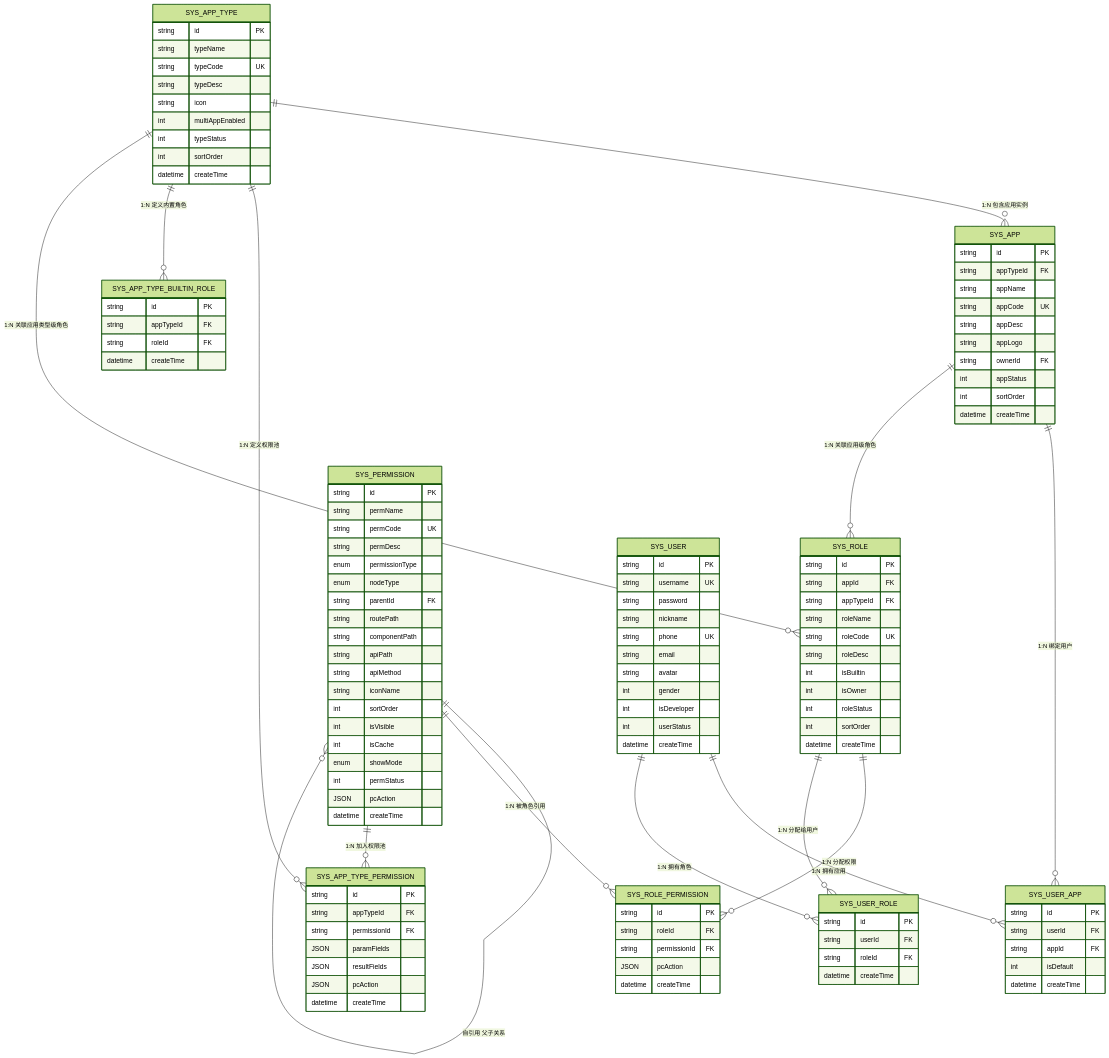
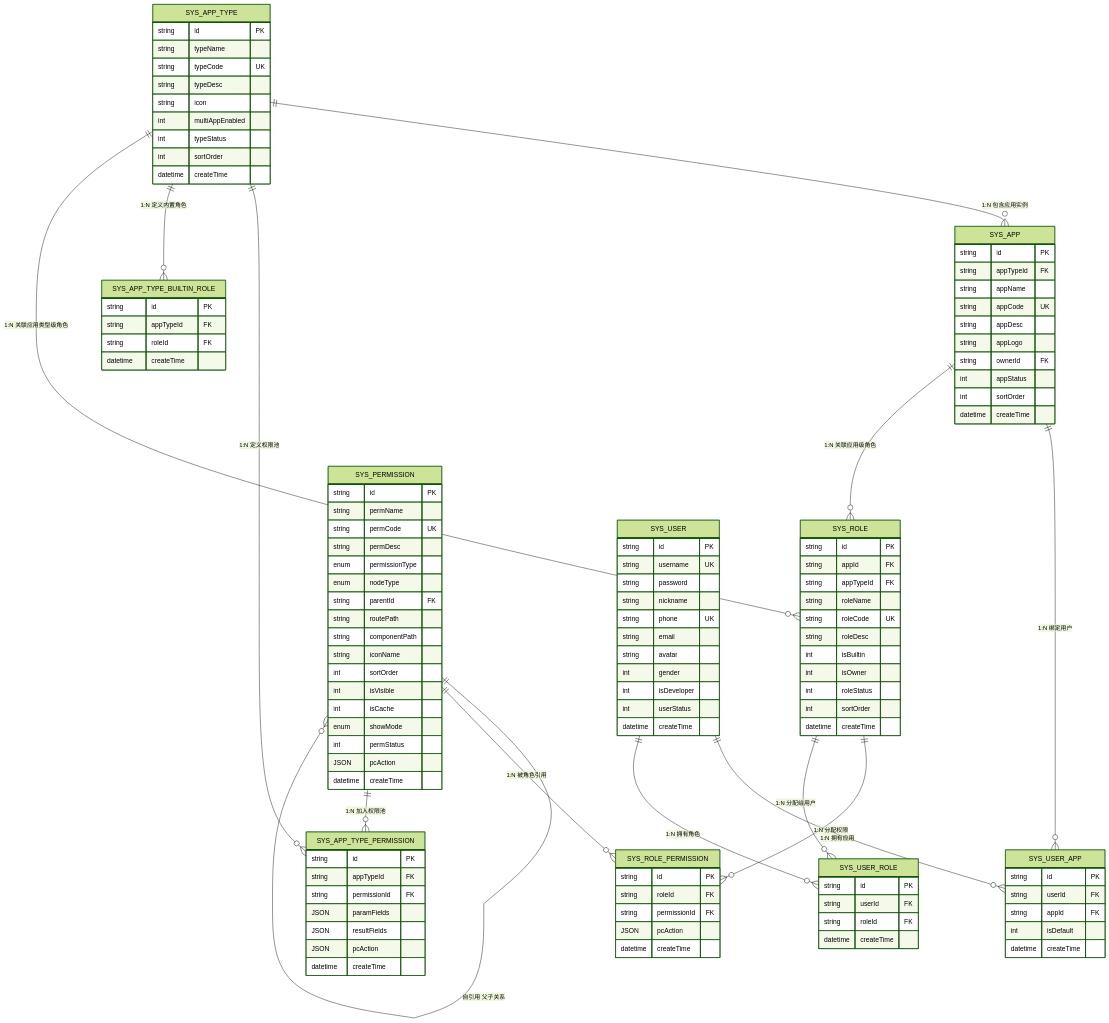
One commit to huyumo/moyan-mfw changed the diagram in docs/database/database-er-diagram.md. Above: the diagram before and after it, drawn with Mermaid (forest theme). The commit also changed other lines of this file and 6 other files, not shown here.

```diff
--- a/docs/database/database-er-diagram.md
+++ b/docs/database/database-er-diagram.md
@@ -90,8 +90,6 @@
         string parentId FK
         string routePath
         string componentPath
-        string apiPath
-        string apiMethod
         string iconName
         int sortOrder
         int isVisible
```
